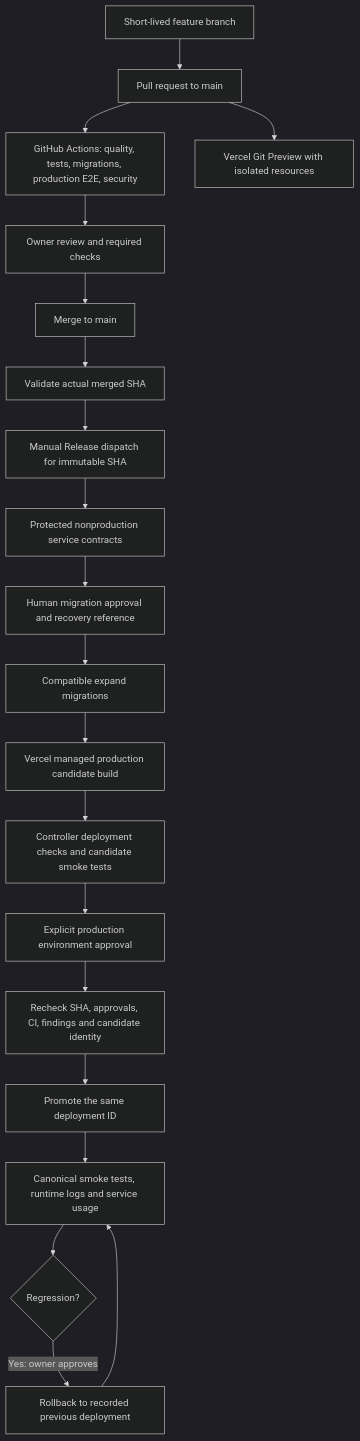
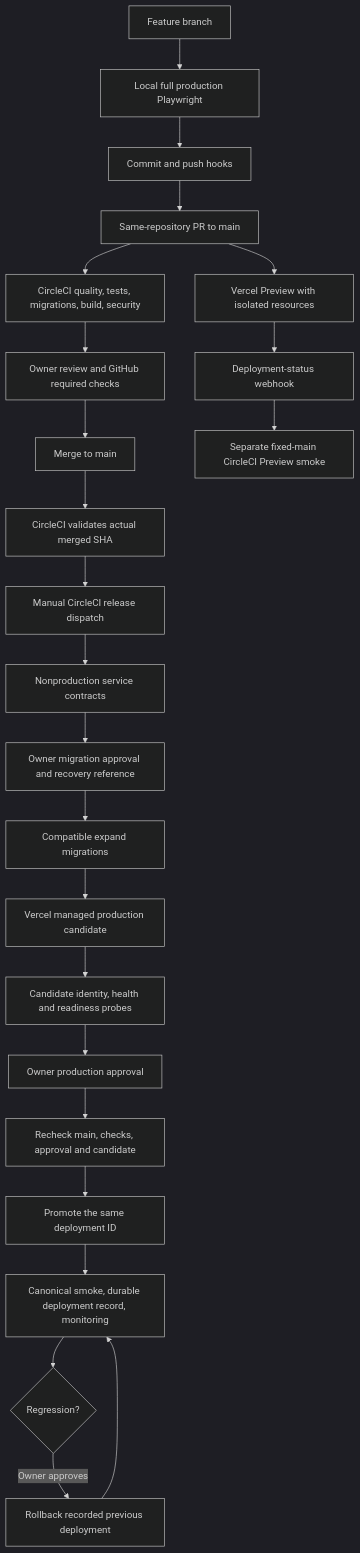
Before and after one commit to gonzalopozo/my-portfolio: the diagram in docs/operations/README.md, drawn with Mermaid (dark theme). The commit also changed other lines of this file and 16 other files, not shown here.

First line of the commit message:
docs(ci): document CircleCI cutover and local browser gates

````diff
--- a/docs/operations/README.md
+++ b/docs/operations/README.md
@@ -35,22 +30,26 @@
 ```mermaid
 flowchart TD
-    F[Short-lived feature branch] --> P[Pull request to main]
-    P --> C[GitHub Actions: quality, tests, migrations, production E2E, security]
-    C --> R[Owner review and required checks]
+    F[Feature branch] --> L[Local full production Playwright]
+    L --> G[Commit and push hooks]
+    G --> P[Same-repository PR to main]
+    P --> C[CircleCI quality, tests, migrations, build, security]
+    C --> R[Owner review and GitHub required checks]
     R --> M[Merge to main]
-    M --> V[Validate actual merged SHA]
-    P --> PV[Vercel Git Preview with isolated resources]
-    V --> D[Manual Release dispatch for immutable SHA]
-    D --> SC[Protected nonproduction service contracts]
-    SC --> MA[Human migration approval and recovery reference]
+    M --> V[CircleCI validates actual merged SHA]
+    P --> PV[Vercel Preview with isolated resources]
+    PV --> WH[Deployment-status webhook]
+    WH --> PS[Separate fixed-main CircleCI Preview smoke]
+    V --> D[Manual CircleCI release dispatch]
+    D --> SC[Nonproduction service contracts]
+    SC --> MA[Owner migration approval and recovery reference]
     MA --> EX[Compatible expand migrations]
-    EX --> VC[Vercel managed production candidate build]
-    VC --> DC[Controller deployment checks and candidate smoke tests]
-    DC --> A[Explicit production environment approval]
-    A --> RE[Recheck SHA, approvals, CI, findings and candidate identity]
+    EX --> VC[Vercel managed production candidate]
+    VC --> CS[Candidate identity, health and readiness probes]
+    CS --> A[Owner production approval]
+    A --> RE[Recheck main, checks, approval and candidate]
     RE --> PR[Promote the same deployment ID]
-    PR --> O[Canonical smoke tests, runtime logs and service usage]
+    PR --> O[Canonical smoke, durable deployment record, monitoring]
     O --> RB{Regression?}
-    RB -->|Yes: owner approves| RO[Rollback to recorded previous deployment]
+    RB -->|Owner approves| RO[Rollback recorded previous deployment]
     RO --> O
 ```
````
